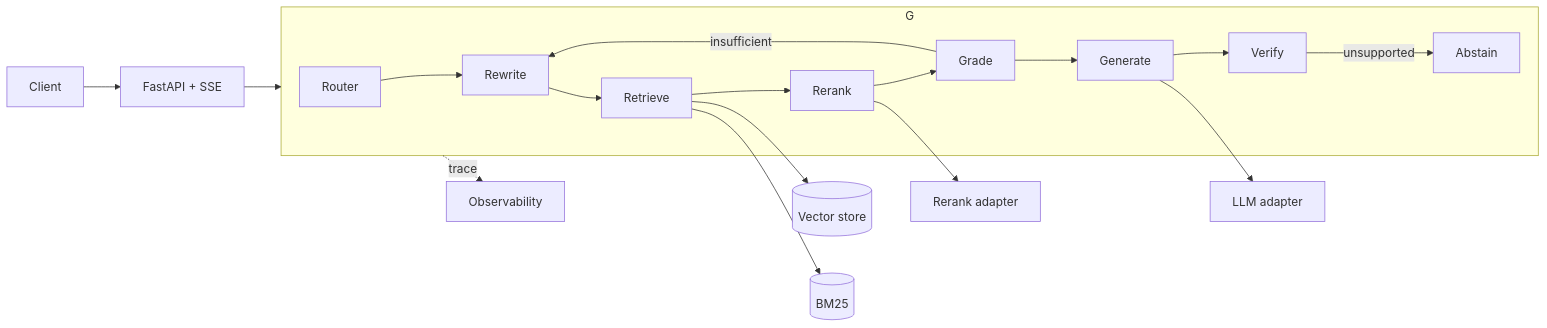
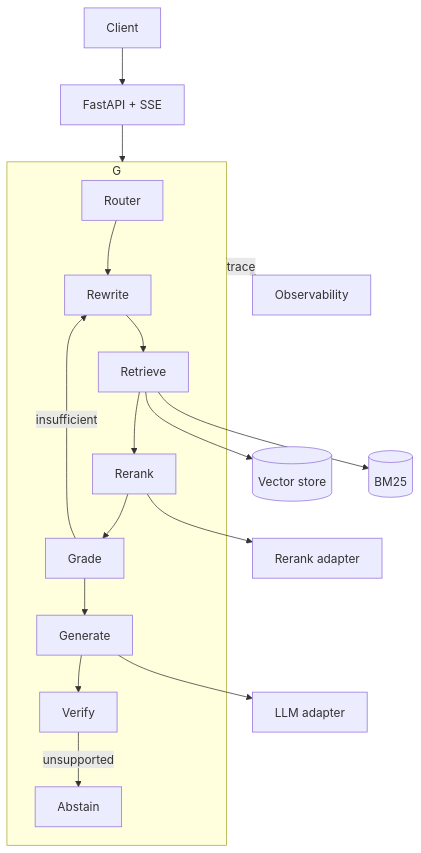
The diagram in README.md (monitus2022/owl-online), drawn with Mermaid before and after one commit. The commit also changed other lines of this file and 19 other files, not shown here.

````diff
--- a/README.md
+++ b/README.md
@@ -34,16 +35,16 @@
 ```mermaid
-flowchart LR
+flowchart TD
   C[Client] --> API[FastAPI + SSE]
   API --> G[LangGraph agent]
   subgraph G
     R[Router] --> Q[Rewrite] --> RET[Retrieve] --> RR[Rerank]
     RR --> GR[Grade] --> GEN[Generate] --> VER[Verify]
     GR -->|insufficient| Q
     VER -->|unsupported| AB[Abstain]
   end
   RET --> VEC[(Vector store)]
   RET --> BM[(BM25)]
   RR --> RER[Rerank adapter]
   GEN --> LLM[LLM adapter]
   G -. trace .-> OBS[Observability]
 ```
````
